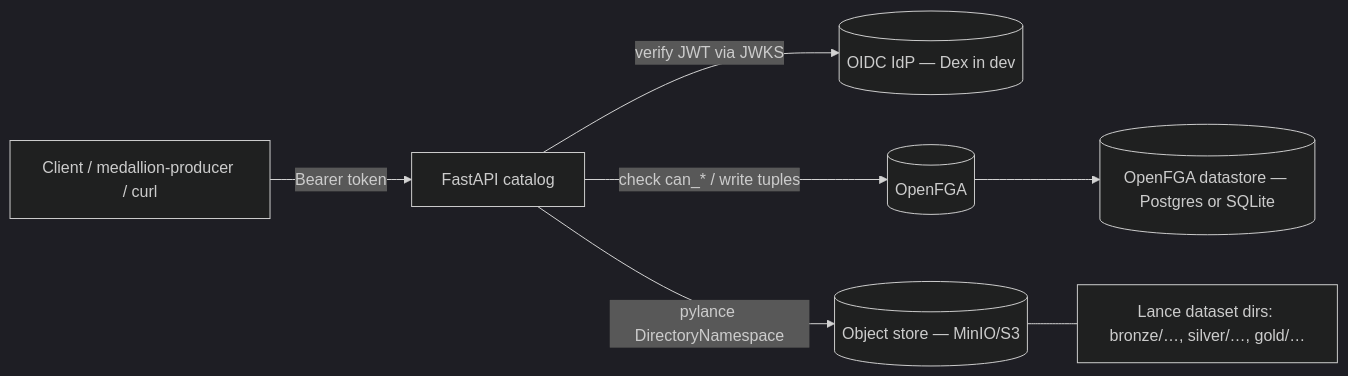
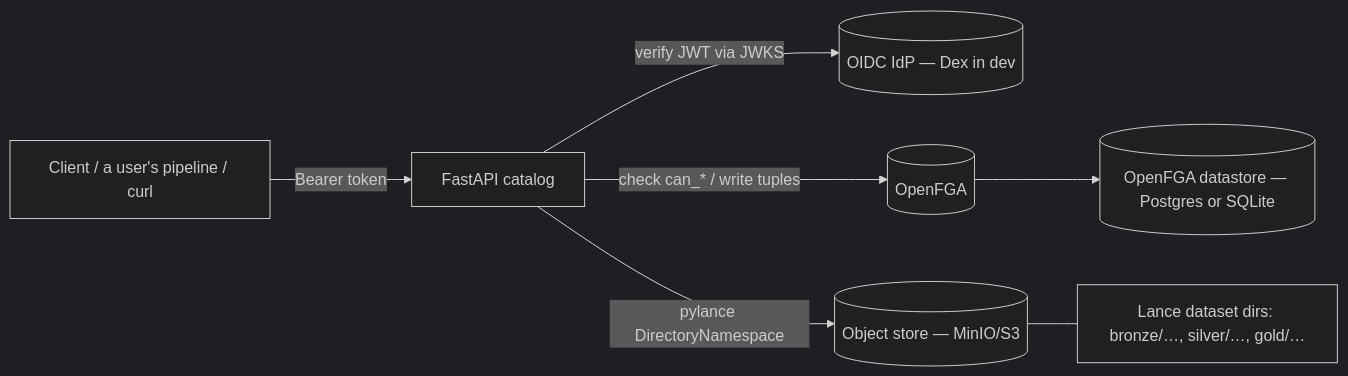
The first of 2 diagrams in docs/ARCHITECTURE.md (AI-Riksarkivet/rask), drawn with Mermaid (dark theme) before and after one commit. The commit also changed other lines of this file and 44 other files, not shown here.

````diff
--- a/docs/ARCHITECTURE.md
+++ b/docs/ARCHITECTURE.md
@@ -98,9 +97,9 @@
 ```mermaid
 flowchart LR
-  C[Client / medallion-producer / curl] -->|Bearer token| API[FastAPI catalog]
+  C[Client / a user's pipeline / curl] -->|Bearer token| API[FastAPI catalog]
   API -->|verify JWT via JWKS| DEX[(OIDC IdP — Dex in dev)]
   API -->|check can_* / write tuples| FGA[(OpenFGA)]
   FGA --> PG[(OpenFGA datastore — Postgres or SQLite)]
   API -->|pylance DirectoryNamespace| OS[(Object store — MinIO/S3)]
   OS --- L[Lance dataset dirs: bronze/…, silver/…, gold/…]
 ```
````
